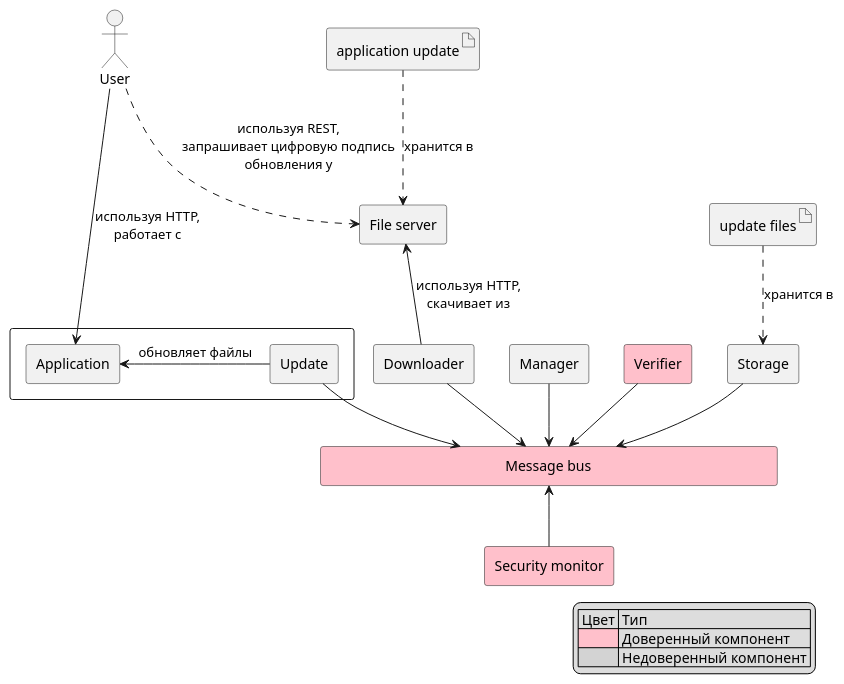
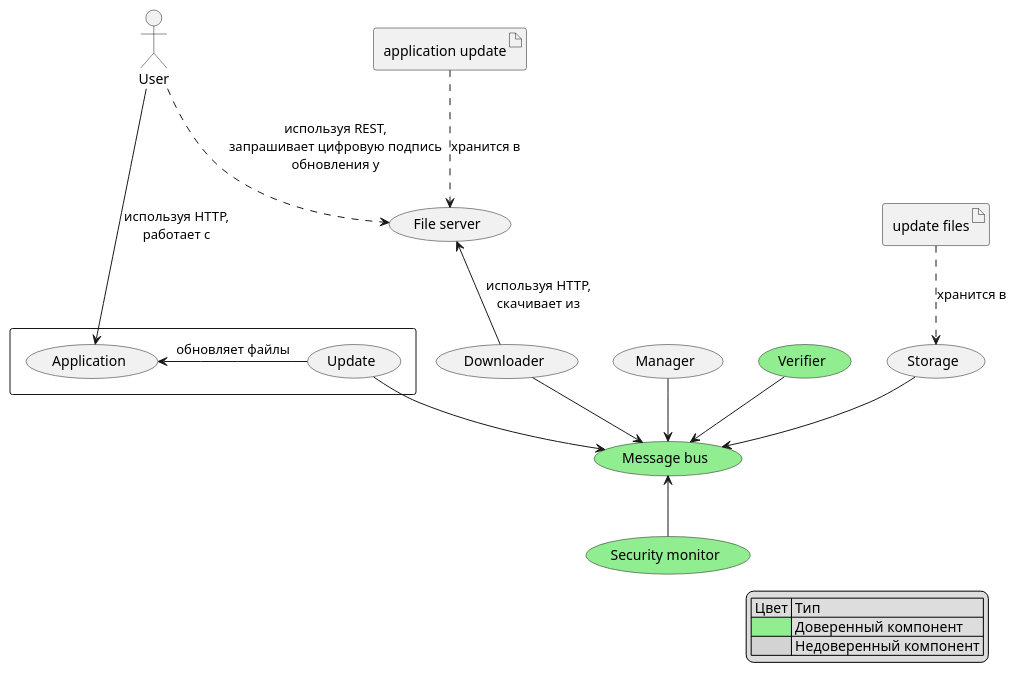
Before and after one commit to sergey-sobolev/secure-update: the diagram in docs/report/hla-tcb.puml, drawn with PlantUML. The commit also changed 9 other files, not shown here.

```diff
--- a/docs/report/hla-tcb.puml
+++ b/docs/report/hla-tcb.puml
@@ -1,40 +1,40 @@
 @startuml
 
 legend right
     | Цвет | Тип |
-    | <#pink> | Доверенный компонент |
+    |<#lightgreen>| Доверенный компонент |
     |<#lightgray>| Недоверенный компонент |
 endlegend
 
 rectangle {
-    rectangle Update
-    rectangle Application
+    (Update)
+    (Application)
 }
 
 :User: ---> Application: используя HTTP,\nработает с
 Application <- Update: обновляет файлы
 
-rectangle Manager
-rectangle "File server" as server
-rectangle Downloader as downloader
-rectangle #pink Verifier
-rectangle Storage
-rectangle #pink "\t\t\t\t\t\tMessage bus\t\t\t\t\t\t\t" as kafka
-rectangle #pink "Security monitor" as monitor
+(Manager)
+(File server) as server
+(Downloader) as downloader
+(Verifier) #lightgreen
+(Storage)
+(Message bus) as kafka #lightgreen
+(Security monitor) as monitor #lightgreen 
 artifact "application update" as update
 artifact "update files" as updates
 
 update ..> server: хранится в
 :User: ..> server: используя REST,\nзапрашивает цифровую подпись\nобновления у
 downloader -up-> server: используя HTTP,\nскачивает из
 updates ..> Storage: хранится в
 
 Update -down-> kafka
 downloader -down-> kafka
 Storage -down-> kafka
 Manager -down-> kafka
 Verifier -down-> kafka
 monitor -up-> kafka
 
 
 @enduml
```
